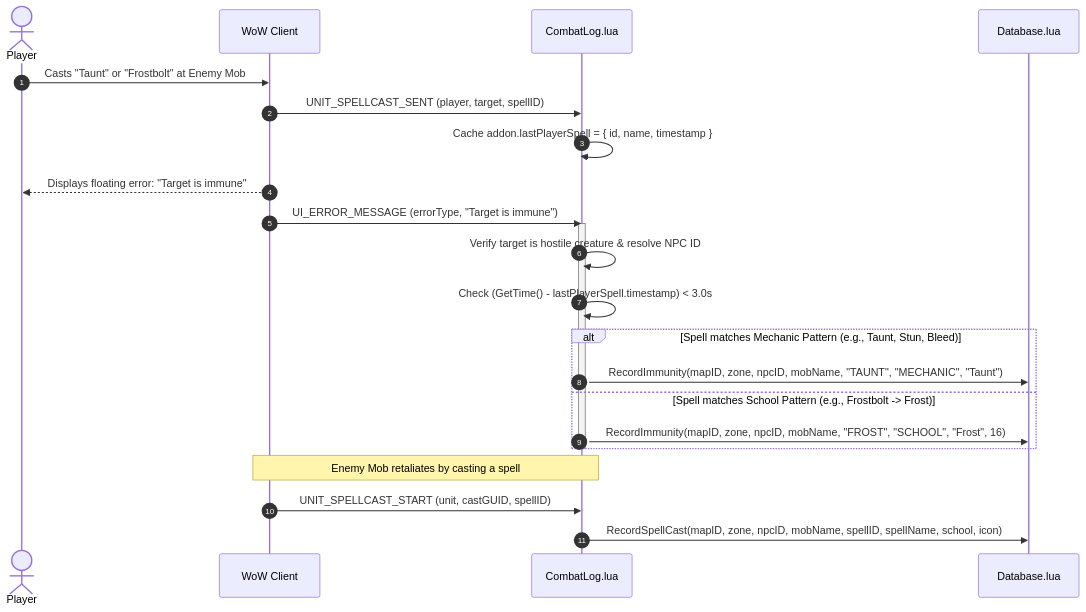
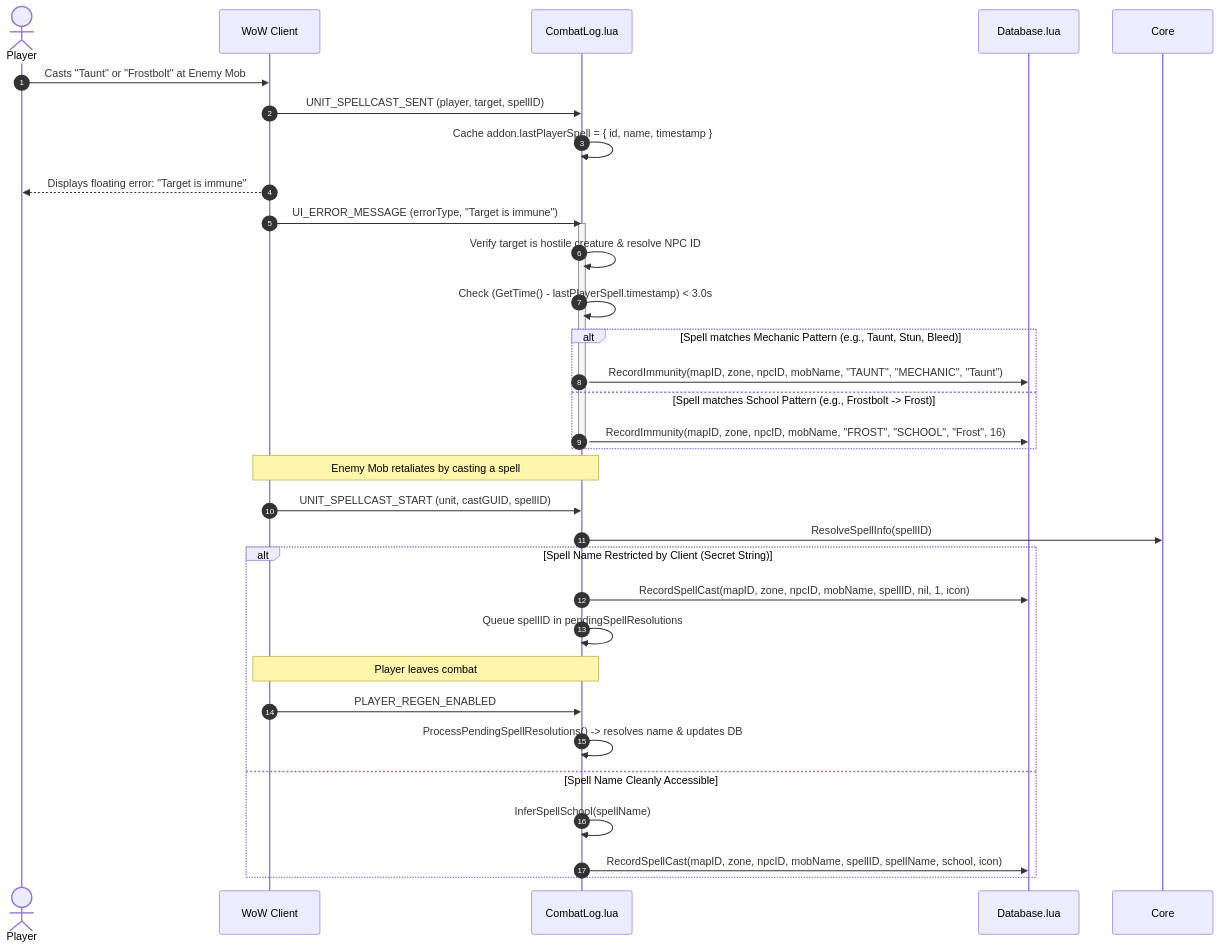
Before and after one commit to bguerre20/AzerothCreatureCompendium: the third of 5 diagrams in docs/ARCHITECTURE.md, drawn with Mermaid. The commit also changed other lines of this file and 8 other files, not shown here.

Commit message:
fix: protect against combat-tainted secret string values on creature spellcasts

````diff
--- a/docs/ARCHITECTURE.md
+++ b/docs/ARCHITECTURE.md
@@ -166,31 +166,41 @@
 ```mermaid
 sequenceDiagram
     autonumber
     actor Player
     participant Client as WoW Client
     participant Combat as CombatLog.lua
     participant DB as Database.lua
 
     %% Phase 1: Casting
     Player->>Client: Casts "Taunt" or "Frostbolt" at Enemy Mob
     Client->>Combat: UNIT_SPELLCAST_SENT (player, target, spellID)
     Combat->>Combat: Cache addon.lastPlayerSpell = { id, name, timestamp }
 
     %% Phase 2: Immunity Error
     Client-->>Player: Displays floating error: "Target is immune"
     Client->>Combat: UI_ERROR_MESSAGE (errorType, "Target is immune")
     activate Combat
     Combat->>Combat: Verify target is hostile creature & resolve NPC ID
     Combat->>Combat: Check (GetTime() - lastPlayerSpell.timestamp) < 3.0s
     alt Spell matches Mechanic Pattern (e.g., Taunt, Stun, Bleed)
         Combat->>DB: RecordImmunity(mapID, zone, npcID, mobName, "TAUNT", "MECHANIC", "Taunt")
     else Spell matches School Pattern (e.g., Frostbolt -> Frost)
         Combat->>DB: RecordImmunity(mapID, zone, npcID, mobName, "FROST", "SCHOOL", "Frost", 16)
     end
     deactivate Combat
 
-    %% Phase 3: Enemy Spell Tracking
+    %% Phase 3: Enemy Spell Tracking & Secret Value Handling
     Note over Client,Combat: Enemy Mob retaliates by casting a spell
     Client->>Combat: UNIT_SPELLCAST_START (unit, castGUID, spellID)
-    Combat->>DB: RecordSpellCast(mapID, zone, npcID, mobName, spellID, spellName, school, icon)
+    Combat->>Core: ResolveSpellInfo(spellID)
+    alt Spell Name Restricted by Client (Secret String)
+        Combat->>DB: RecordSpellCast(mapID, zone, npcID, mobName, spellID, nil, 1, icon)
+        Combat->>Combat: Queue spellID in pendingSpellResolutions
+        Note over Combat,Client: Player leaves combat
+        Client->>Combat: PLAYER_REGEN_ENABLED
+        Combat->>Combat: ProcessPendingSpellResolutions() -> resolves name & updates DB
+    else Spell Name Cleanly Accessible
+        Combat->>Combat: InferSpellSchool(spellName)
+        Combat->>DB: RecordSpellCast(mapID, zone, npcID, mobName, spellID, spellName, school, icon)
+    end
 ```
````
